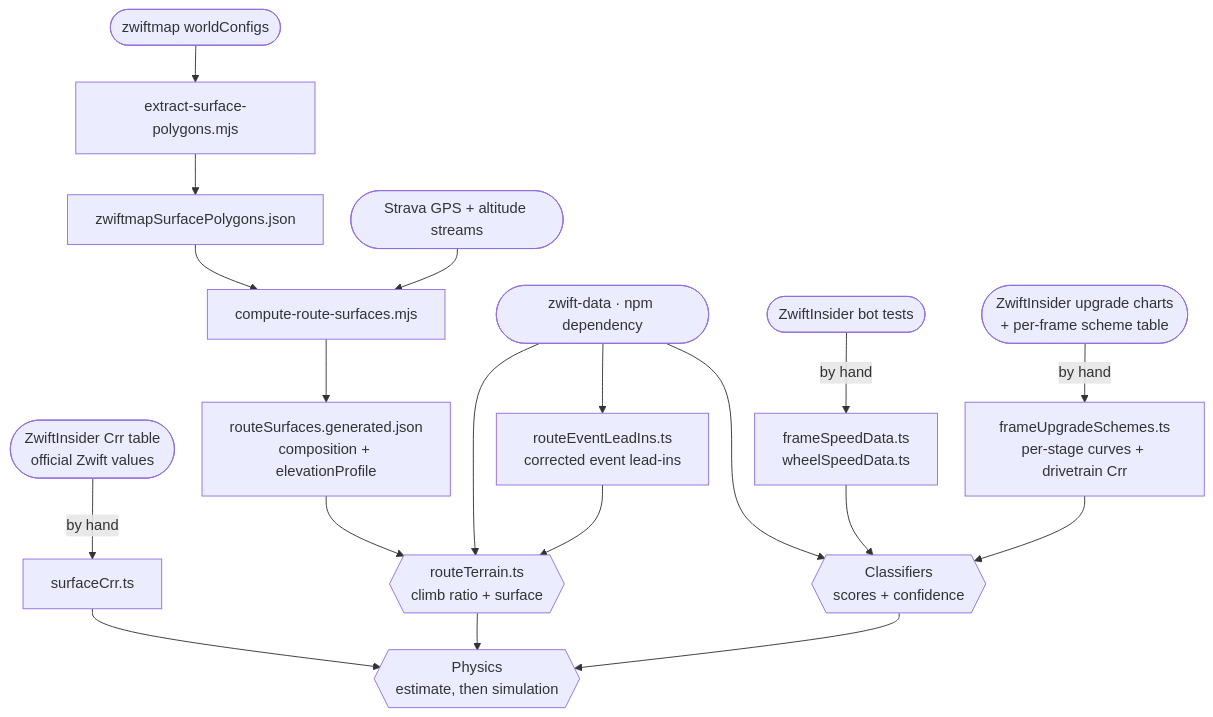
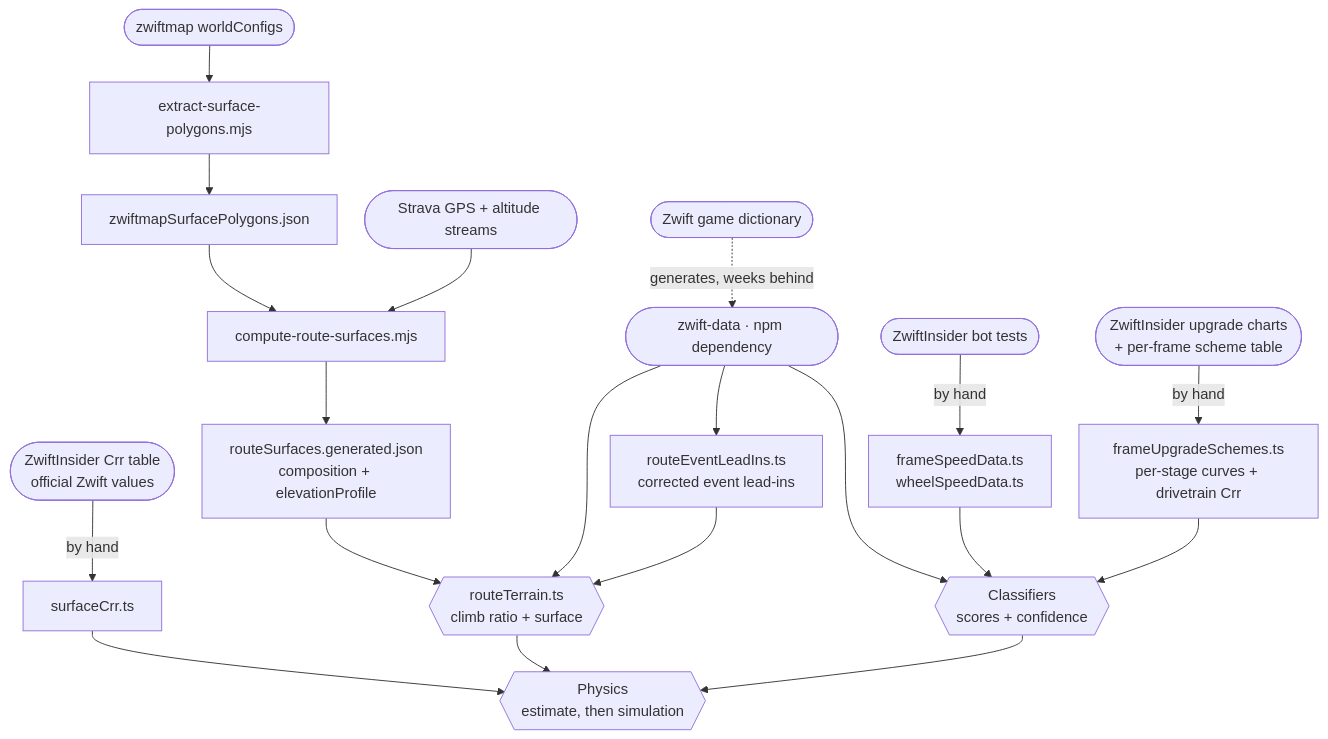
Before and after one commit to kjellrg/zwift-bikes: the fourth of 5 diagrams in docs/physics-pipeline.md, drawn with Mermaid. The commit also changed other lines of this file and 18 other files, not shown here.

First line of the commit message:
Check the whole catalog against the game dictionary (#271) (#316)

````diff
--- a/docs/physics-pipeline.md
+++ b/docs/physics-pipeline.md
@@ -355,41 +355,43 @@
 ```mermaid
 %%{ init: { "flowchart": { "nodeSpacing": 30, "rankSpacing": 40 } } }%%
 flowchart TD
     ZM(["zwiftmap worldConfigs"])
     STRAVA(["Strava GPS + altitude streams"])
     ZI(["ZwiftInsider bot tests"])
     ZIUP(["ZwiftInsider upgrade charts<br/>+ per-frame scheme table"])
     ZICRR(["ZwiftInsider Crr table<br/>official Zwift values"])
     ZD(["zwift-data · npm dependency"])
+    GD(["Zwift game dictionary"])
 
     POLY["extract-surface-polygons.mjs"]
     COMPUTE["compute-route-surfaces.mjs"]
 
     GEN["routeSurfaces.generated.json<br/>composition + elevationProfile"]
     POLYJSON["zwiftmapSurfacePolygons.json"]
     SPEED["frameSpeedData.ts<br/>wheelSpeedData.ts"]
     UPGRADE["frameUpgradeSchemes.ts<br/>per-stage curves + drivetrain Crr"]
     CRR["surfaceCrr.ts"]
     LEADIN["routeEventLeadIns.ts<br/>corrected event lead-ins"]
 
     TERRAIN{{"routeTerrain.ts<br/>climb ratio + surface"}}
     CLASSIFY{{"Classifiers<br/>scores + confidence"}}
     PHYS{{"Physics<br/>estimate, then simulation"}}
 
     ZM --> POLY --> POLYJSON --> COMPUTE
     STRAVA --> COMPUTE --> GEN
     ZI -- "by hand" --> SPEED
     ZIUP -- "by hand" --> UPGRADE
     ZICRR -- "by hand" --> CRR
+    GD -. "generates, weeks behind" .-> ZD
 
     GEN --> TERRAIN
     ZD --> TERRAIN
     ZD --> LEADIN
     LEADIN --> TERRAIN
     ZD --> CLASSIFY
     SPEED --> CLASSIFY
     UPGRADE --> CLASSIFY
     CRR --> PHYS
     TERRAIN --> PHYS
     CLASSIFY --> PHYS
 ```
````
